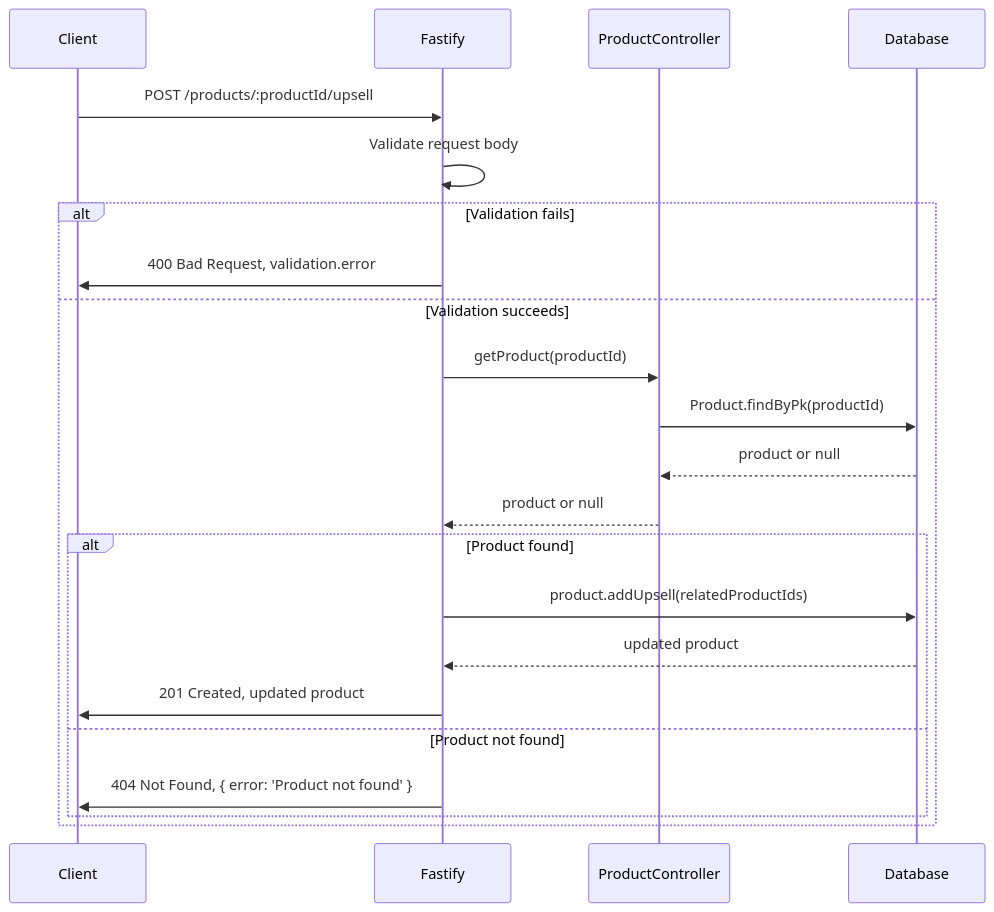
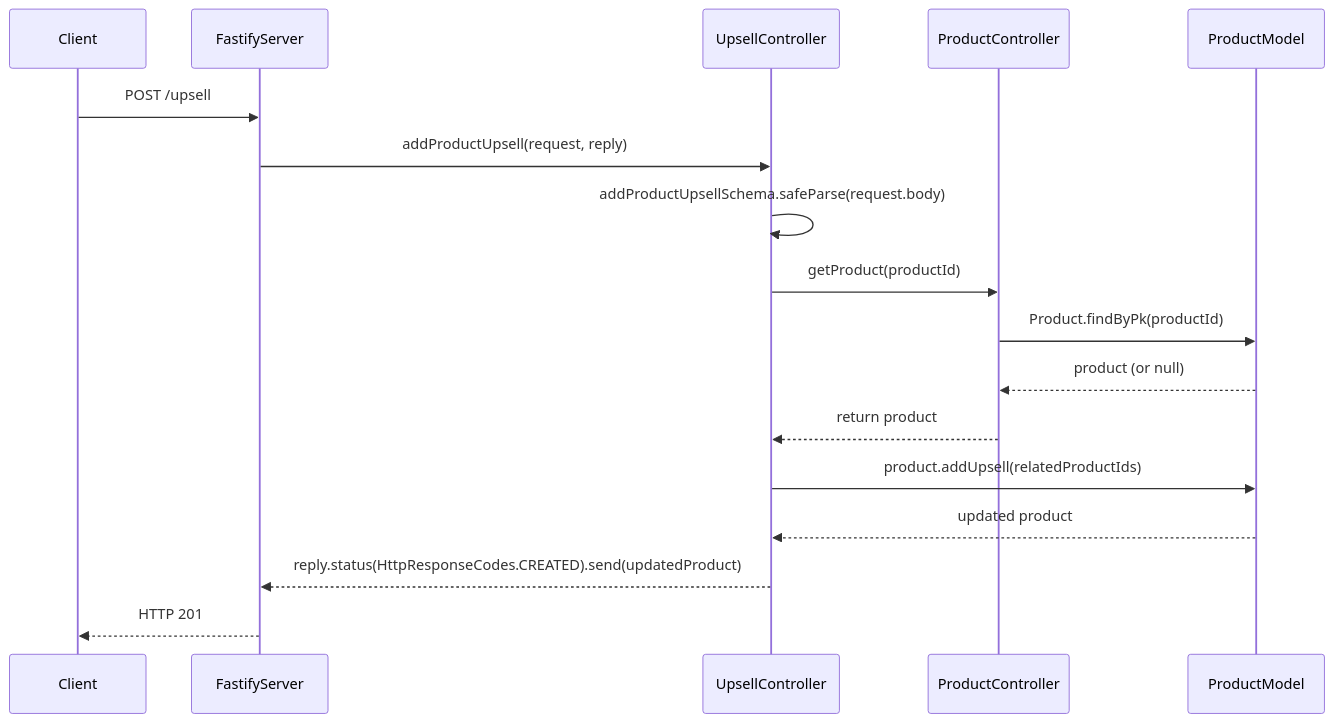
One commit to JohnsonJay/pos changed the first of 3 diagrams in src/modules/upsell/README.md. Above: the diagram before and after it, drawn with Mermaid. The commit also changed other lines of this file, not shown here.

Commit message:
sequence diagrams for upsell module

````diff
--- a/src/modules/upsell/README.md
+++ b/src/modules/upsell/README.md
@@ -4,26 +4,20 @@
 ```mermaid
 sequenceDiagram
     participant Client
-    participant Fastify
+    participant FastifyServer
+    participant UpsellController
     participant ProductController
-    participant Database
+    participant ProductModel
 
-    Client->>Fastify: POST /products/:productId/upsell
-    Fastify->>Fastify: Validate request body
-    alt Validation fails
-        Fastify->>Client: 400 Bad Request, validation.error
-    else Validation succeeds
-        Fastify->>ProductController: getProduct(productId)
-        ProductController->>Database: Product.findByPk(productId)
-        Database-->>ProductController: product or null
-        ProductController-->>Fastify: product or null
-        alt Product found
-            Fastify->>Database: product.addUpsell(relatedProductIds)
-            Database-->>Fastify: updated product
-            Fastify->>Client: 201 Created, updated product
-        else Product not found
-            Fastify->>Client: 404 Not Found, { error: 'Product not found' }
-        end
-    end
-
+    Client->>FastifyServer: POST /upsell
+    FastifyServer->>UpsellController: addProductUpsell(request, reply)
+    UpsellController->>UpsellController: addProductUpsellSchema.safeParse(request.body)
+    UpsellController->>ProductController: getProduct(productId)
+    ProductController->>ProductModel: Product.findByPk(productId)
+    ProductModel-->>ProductController: product (or null)
+    ProductController-->>UpsellController: return product
+    UpsellController->>ProductModel: product.addUpsell(relatedProductIds)
+    ProductModel-->>UpsellController: updated product
+    UpsellController-->>FastifyServer: reply.status(HttpResponseCodes.CREATED).send(updatedProduct)
+    FastifyServer-->>Client: HTTP 201
 ```
````
